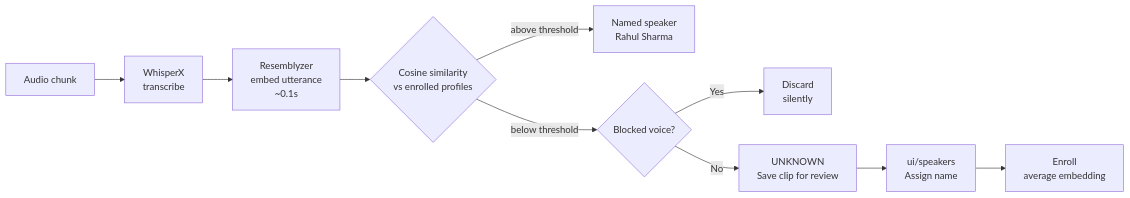
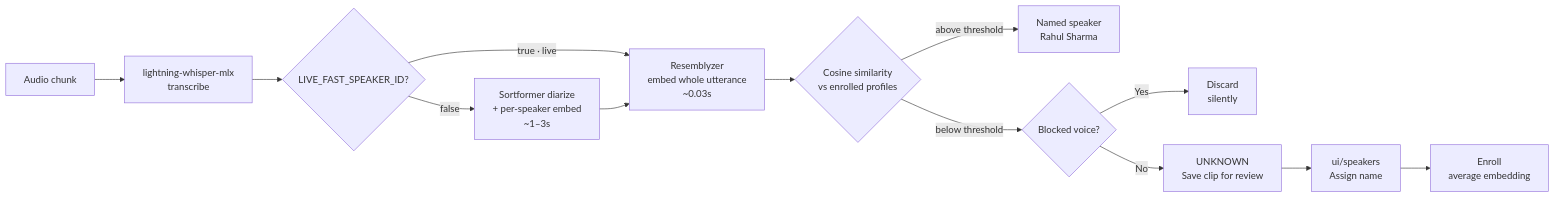
The second of 3 diagrams in README.md (Rahulsharma0810/omi-whisperx), drawn with Mermaid before and after one commit. The commit also changed other lines of this file and 2 other files, not shown here.

First line of the commit message:
perf(live): fast whole-utterance speaker ID + language pinning

````diff
--- a/README.md
+++ b/README.md
@@ -60,12 +69,15 @@
 ```mermaid
 flowchart LR
-    A[Audio chunk] --> B[WhisperX<br/>transcribe]
-    B --> C[Resemblyzer<br/>embed utterance<br/>~0.1s]
+    A[Audio chunk] --> B[lightning-whisper-mlx<br/>transcribe]
+    B --> X{LIVE_FAST_SPEAKER_ID?}
+    X -->|true · live| C[Resemblyzer<br/>embed whole utterance<br/>~0.03s]
+    X -->|false| Y[Sortformer diarize<br/>+ per-speaker embed<br/>~1–3s]
+    Y --> C
     C --> D{Cosine similarity<br/>vs enrolled profiles}
     D -->|above threshold| E[Named speaker<br/>Rahul Sharma]
     D -->|below threshold| F{Blocked voice?}
     F -->|Yes| G[Discard<br/>silently]
     F -->|No| H[UNKNOWN<br/>Save clip for review]
     H --> I[ui/speakers<br/>Assign name]
     I --> J[Enroll<br/>average embedding]
 ```
````
